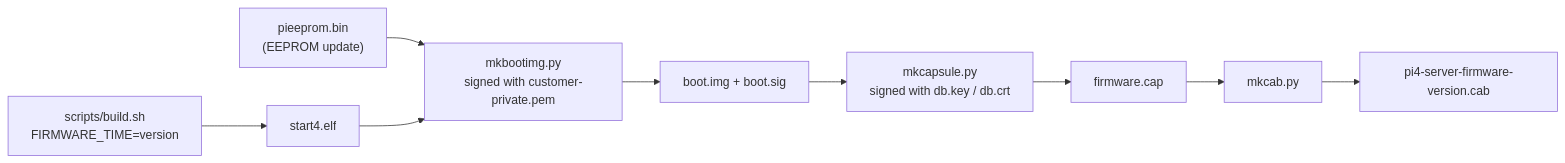
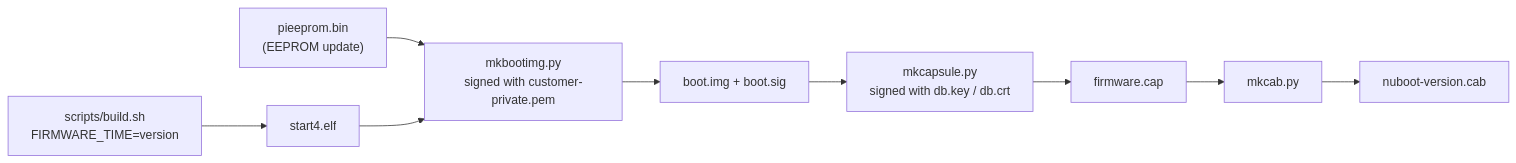
Before and after one commit to rusty-pi/nuboot: the first of 3 diagrams in docs/updates.md, drawn with Mermaid. The commit also changed other lines of this file and 26 other files, not shown here.

````diff
--- a/docs/updates.md
+++ b/docs/updates.md
@@ -122,11 +122,11 @@
 ```mermaid
 flowchart LR
     build["scripts/build.sh<br/>FIRMWARE_TIME=version"] --> elf["start4.elf"]
     eeprom["pieeprom.bin<br/>(EEPROM update)"] --> mkbootimg
     elf --> mkbootimg["mkbootimg.py<br/>signed with customer-private.pem"]
     mkbootimg --> boot["boot.img + boot.sig"]
     boot --> mkcapsule["mkcapsule.py<br/>signed with db.key / db.crt"]
     mkcapsule --> cap["firmware.cap"]
     cap --> mkcab["mkcab.py"]
-    mkcab --> cab["pi4-server-firmware-version.cab"]
+    mkcab --> cab["nuboot-version.cab"]
 ```
````
